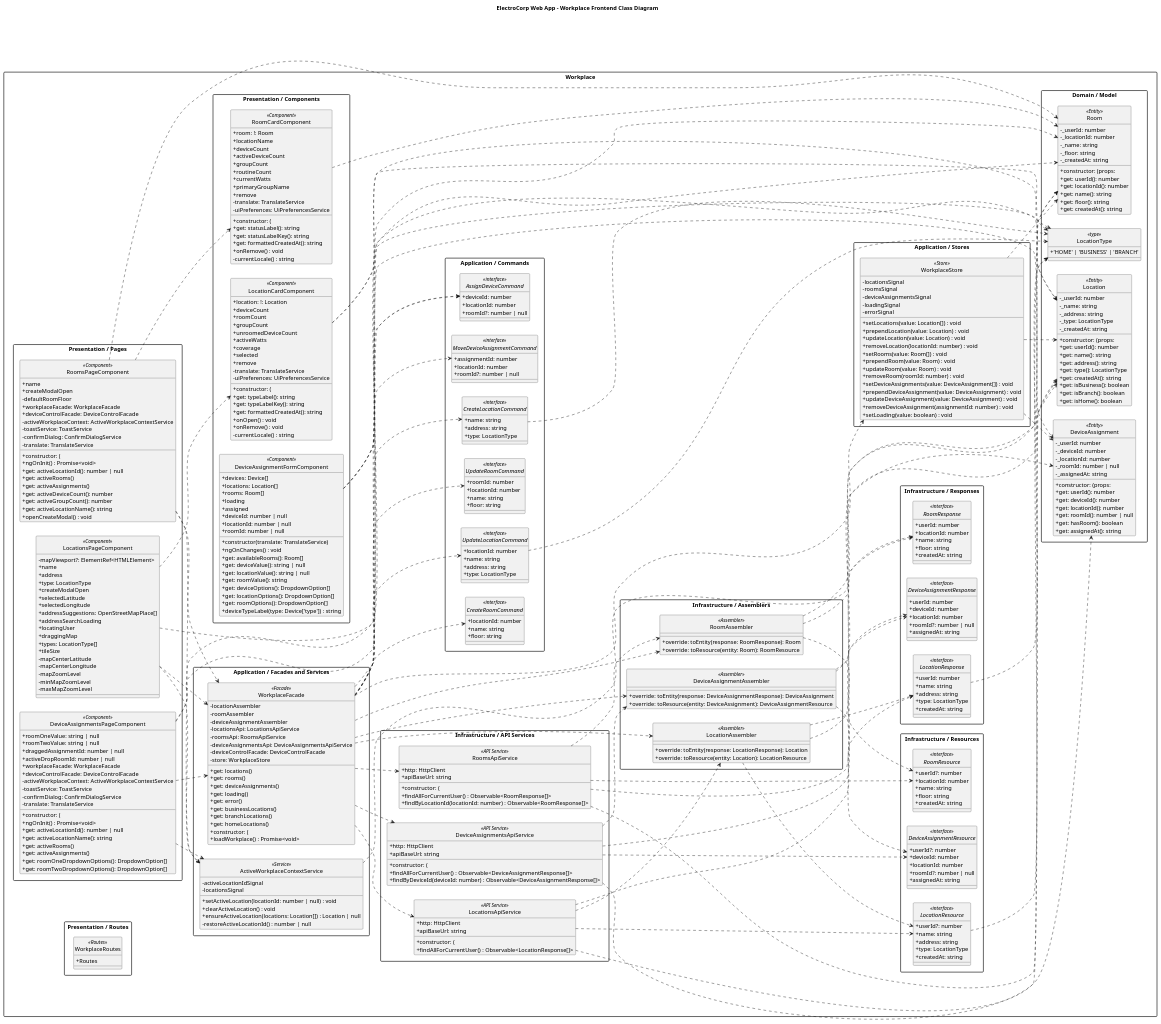
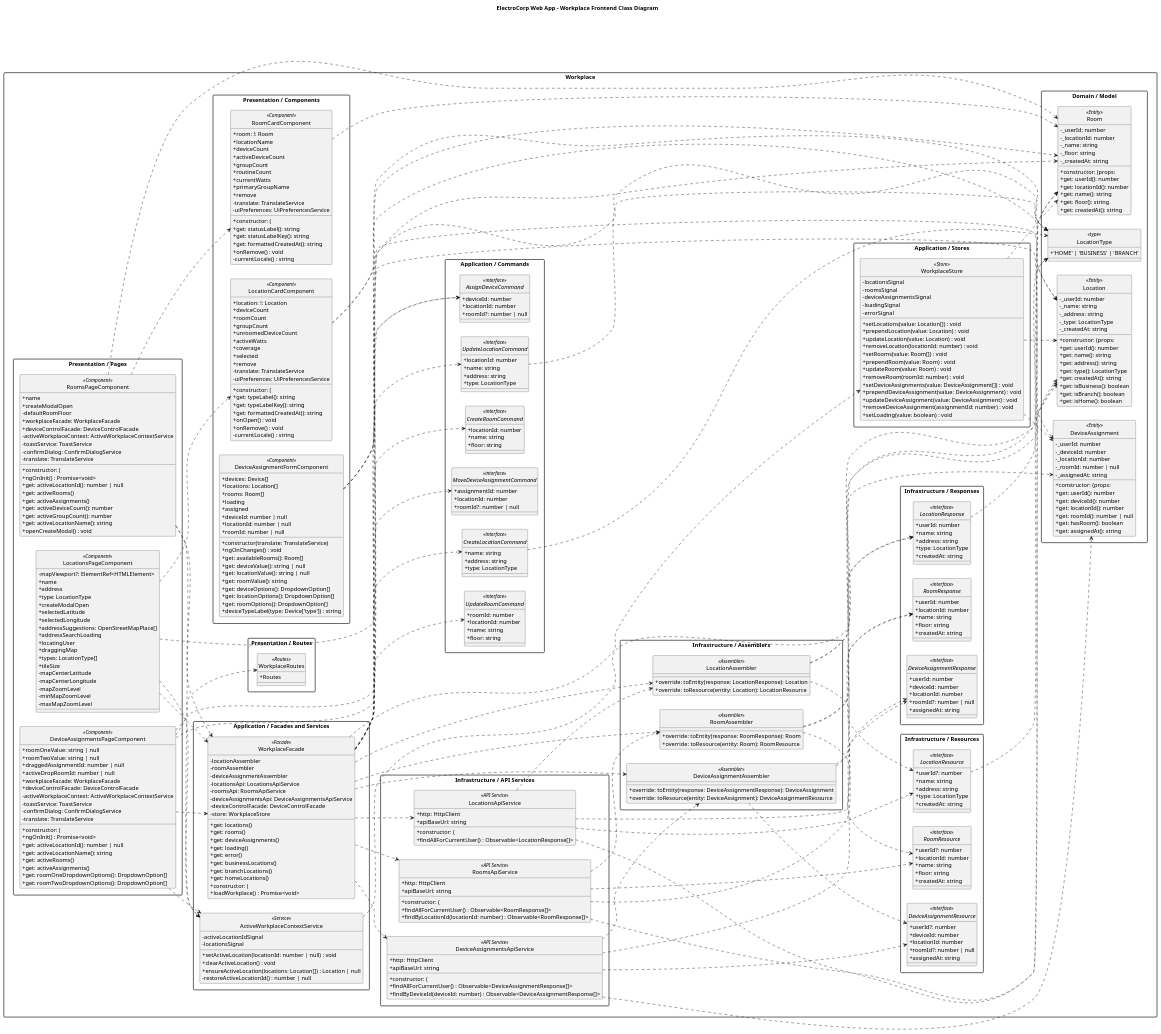
One commit to upc-pre-202610-1asi0729-11896-ecorp/electrocorp-report changed the diagram in docs/diagrams/class/frontend/frontend-workplace-class-diagram.puml. Above: the diagram before and after it, drawn with PlantUML. The commit also changed 17 other files, not shown here.

Commit message:
docs: connect frontend class diagram elements

```diff
--- a/docs/diagrams/class/frontend/frontend-workplace-class-diagram.puml
+++ b/docs/diagrams/class/frontend/frontend-workplace-class-diagram.puml
@@ -414,4 +414,7 @@
 Frontend_workplace_WorkplaceStore ..> Frontend_workplace_Location
 Frontend_workplace_WorkplaceStore ..> Frontend_workplace_Room
 
+' Relationship completion: every declared type participates in the frontend diagram.
+Frontend_workplace_DeviceAssignmentsPageComponent ..> Frontend_workplace_WorkplaceRoutes
+
 @enduml
```
